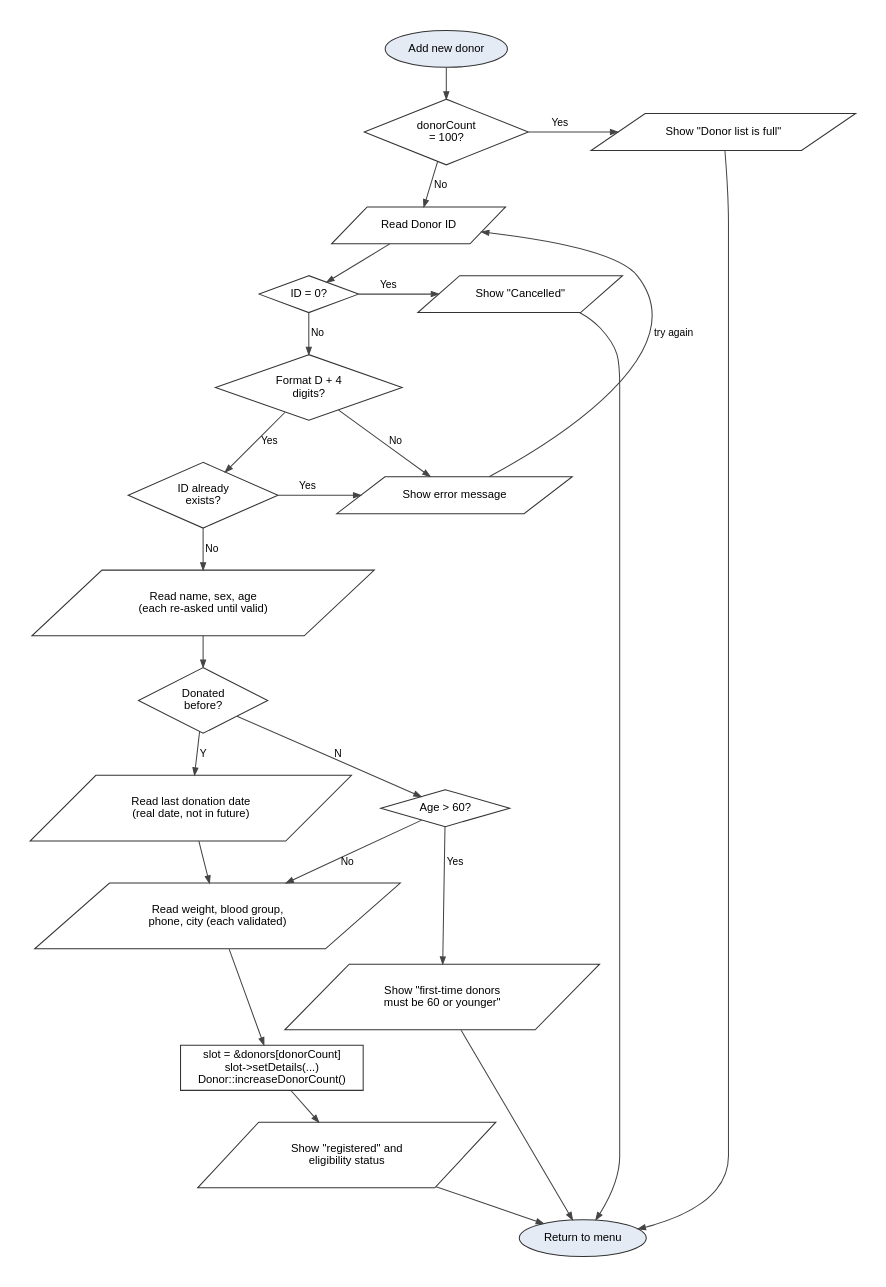
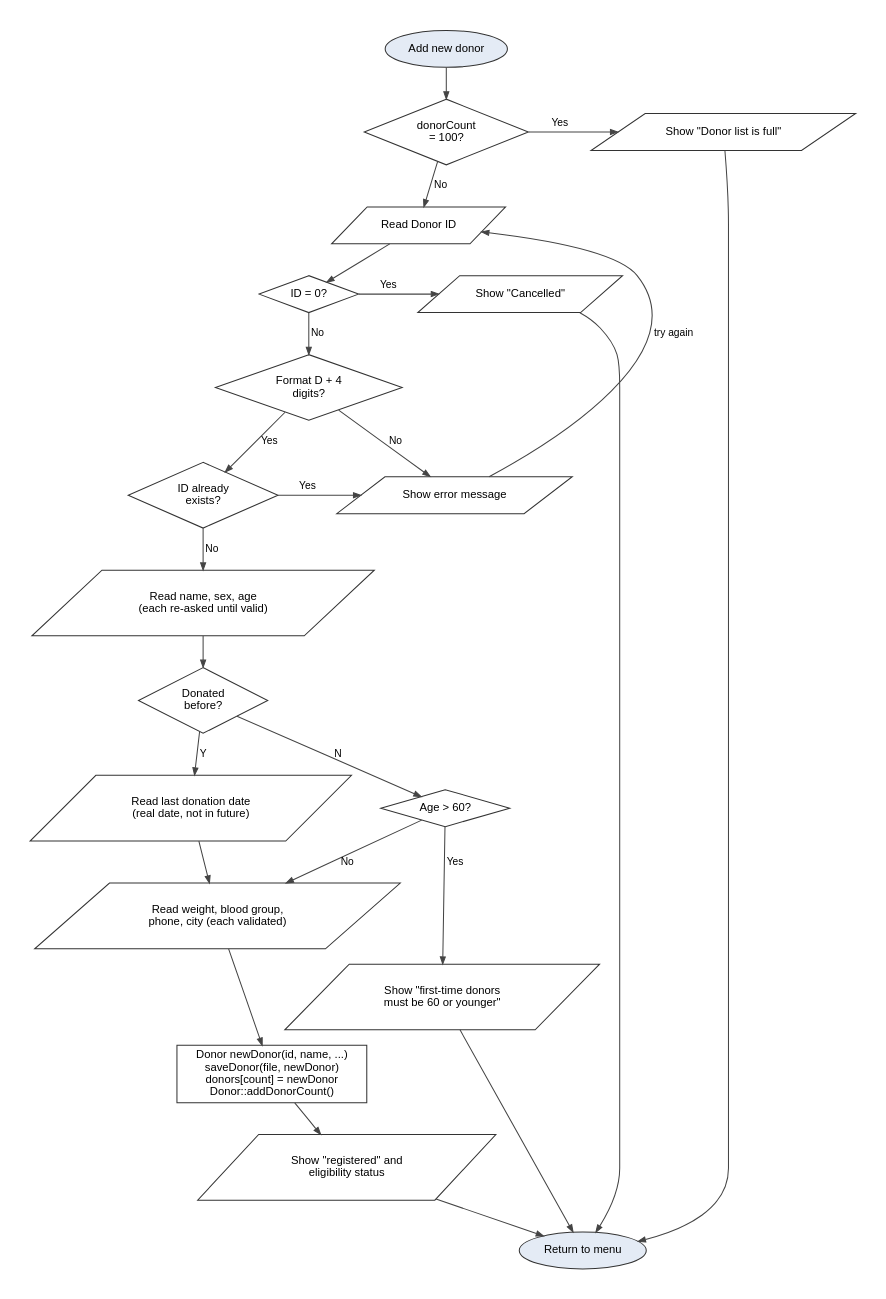
Before and after one commit to Hishaampp/CAP455-BloodDonorReminder: the diagram in docs/flowchart_add_donor.dot, drawn with Graphviz. The commit also changed 6 other files, not shown here.

Commit message:
CA2: update README, diagrams and add simplified CA2 proposal

```diff
--- a/docs/flowchart_add_donor.dot
+++ b/docs/flowchart_add_donor.dot
@@ -1,53 +1,53 @@
-// Flowchart 2: Add new donor (Create with validation) - CA1
+// Flowchart 2: Add new donor (Create with validation) - CA2
 // Render: dot -Tpng -Gdpi=200 flowchart_add_donor.dot -o flowchart_add_donor.png
 digraph AddDonor {
     graph [rankdir=TB, fontname="Helvetica", bgcolor="white", pad="0.3", nodesep="0.4", ranksep="0.4"];
     node  [fontname="Helvetica", fontsize="11", style="filled", fillcolor="white", color="#333333"];
     edge  [fontname="Helvetica", fontsize="10", color="#444444", arrowsize="0.7"];
 
     start  [label="Add new donor", shape=oval, fillcolor="#e4ebf5"];
     full   [label="donorCount\n= 100?", shape=diamond];
     fullm  [label="Show \"Donor list is full\"", shape=parallelogram];
     rid    [label="Read Donor ID", shape=parallelogram];
     zero   [label="ID = 0?", shape=diamond];
     cancel [label="Show \"Cancelled\"", shape=parallelogram];
     fmt    [label="Format D + 4\ndigits?", shape=diamond];
     dup    [label="ID already\nexists?", shape=diamond];
     iderr  [label="Show error message", shape=parallelogram];
     basic  [label="Read name, sex, age\n(each re-asked until valid)", shape=parallelogram];
     before [label="Donated\nbefore?", shape=diamond];
     rdate  [label="Read last donation date\n(real date, not in future)", shape=parallelogram];
     over60 [label="Age > 60?", shape=diamond];
     rej    [label="Show \"first-time donors\nmust be 60 or younger\"", shape=parallelogram];
     rest   [label="Read weight, blood group,\nphone, city (each validated)", shape=parallelogram];
-    store  [label="slot = &donors[donorCount]\nslot->setDetails(...)\nDonor::increaseDonorCount()", shape=box];
+    store  [label="Donor newDonor(id, name, ...)\nsaveDonor(file, newDonor)\ndonors[count] = newDonor\nDonor::addDonorCount()", shape=box];
     status [label="Show \"registered\" and\neligibility status", shape=parallelogram];
     stop   [label="Return to menu", shape=oval, fillcolor="#e4ebf5"];
 
     start -> full;
     full -> fullm [label=" Yes"];
     full -> rid   [label=" No"];
     rid -> zero;
     zero -> cancel [label=" Yes"];
     zero -> fmt    [label=" No"];
     fmt -> iderr   [label=" No"];
     fmt -> dup     [label=" Yes"];
     dup -> iderr   [label=" Yes"];
     iderr -> rid   [label=" try again", constraint=false];
     dup -> basic   [label=" No"];
     basic -> before;
     before -> rdate  [label=" Y"];
     before -> over60 [label=" N"];
     over60 -> rej    [label=" Yes"];
     over60 -> rest   [label=" No"];
     rdate -> rest;
     rest -> store -> status -> stop;
     fullm -> stop;
     cancel -> stop;
     rej -> stop;
 
     { rank=same; full; fullm; }
     { rank=same; zero; cancel; }
     { rank=same; dup; iderr; }
     { rank=same; rdate; over60; }
 }
```
